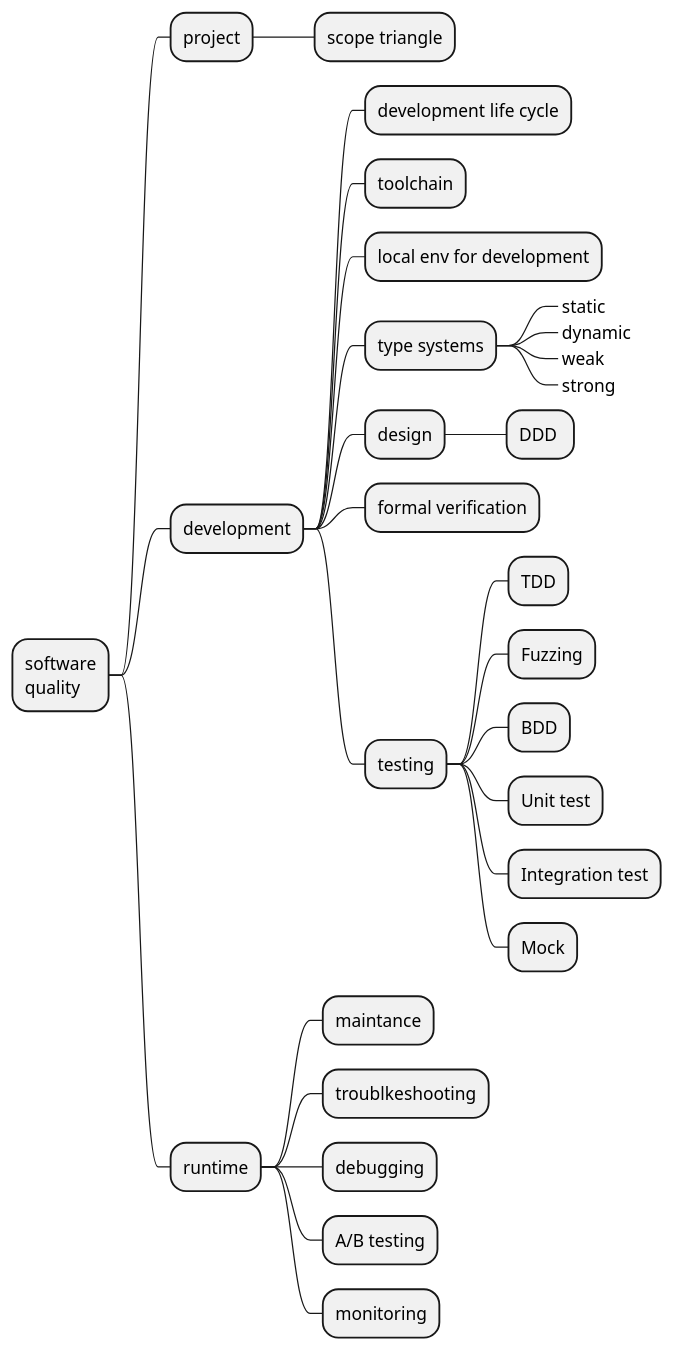
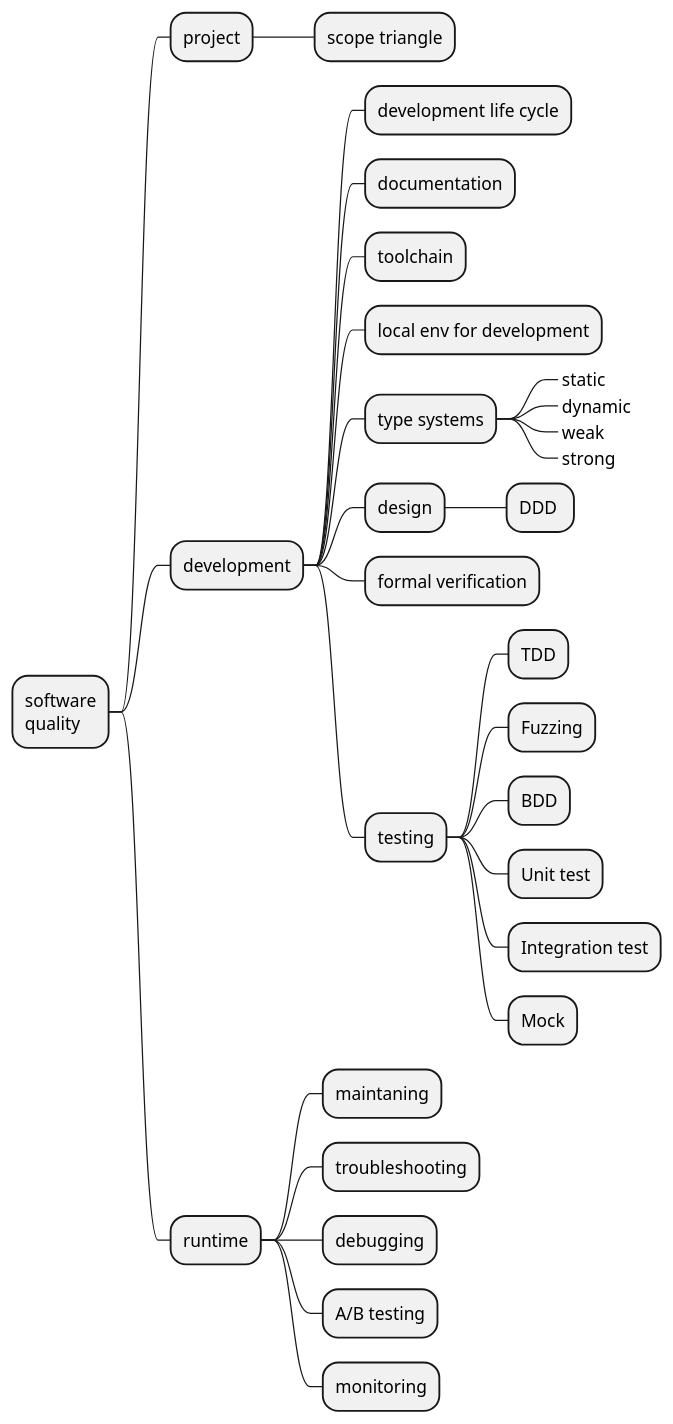
Before and after one commit to levplotkin/code-quality-roadmap: the diagram in software-quality-roadmap.iuml, drawn with PlantUML.

```diff
--- a/software-quality-roadmap.iuml
+++ b/software-quality-roadmap.iuml
@@ -1,30 +1,31 @@
 @startmindmap
 * software\nquality
  * project
   * scope triangle
  * development
   * development life cycle
+  * documentation
   * toolchain
   * local env for development
   * type systems
    *_ static
    *_ dynamic
    *_ weak
    *_ strong
   * design
    * DDD 
   * formal verification
   * testing
    * TDD
    * Fuzzing
    * BDD
    * Unit test
    * Integration test
    * Mock
  * runtime
-  * maintance
-  * troublkeshooting
+  * maintaning
+  * troubleshooting
   * debugging
   * A/B testing
   * monitoring
 @endmindmap
```
